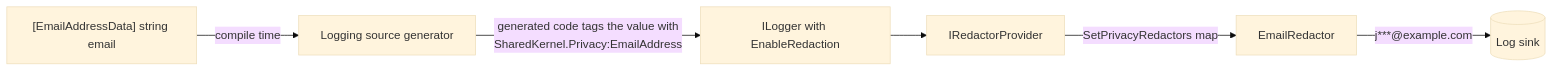
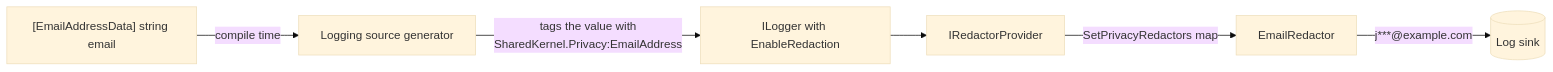
One commit to Gresta-Vertex-Labs/platform-shared-kernel changed the diagram in 01.Core/SharedKernel.DataPrivacy/README.md. Above: the diagram before and after it, drawn with Mermaid (base theme). The commit also changed other lines of this file and 639 other files, not shown here.

````diff
--- a/01.Core/SharedKernel.DataPrivacy/README.md
+++ b/01.Core/SharedKernel.DataPrivacy/README.md
@@ -141,8 +112,8 @@
 ```mermaid
 flowchart LR
     A["[EmailAddressData] string email"] -->|compile time| G[Logging source generator]
-    G -->|generated code tags the value with<br/>SharedKernel.Privacy:EmailAddress| L[ILogger with EnableRedaction]
+    G -->|tags the value with<br/>SharedKernel.Privacy:EmailAddress| L[ILogger with EnableRedaction]
     L --> P[IRedactorProvider]
     P -->|SetPrivacyRedactors map| R[EmailRedactor]
     R -->|"j***@example.com"| S[(Log sink)]
 ```
````
